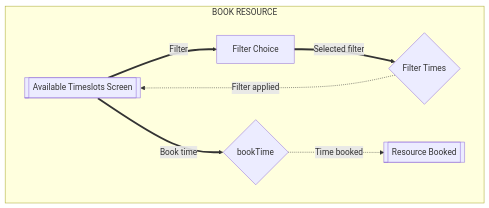
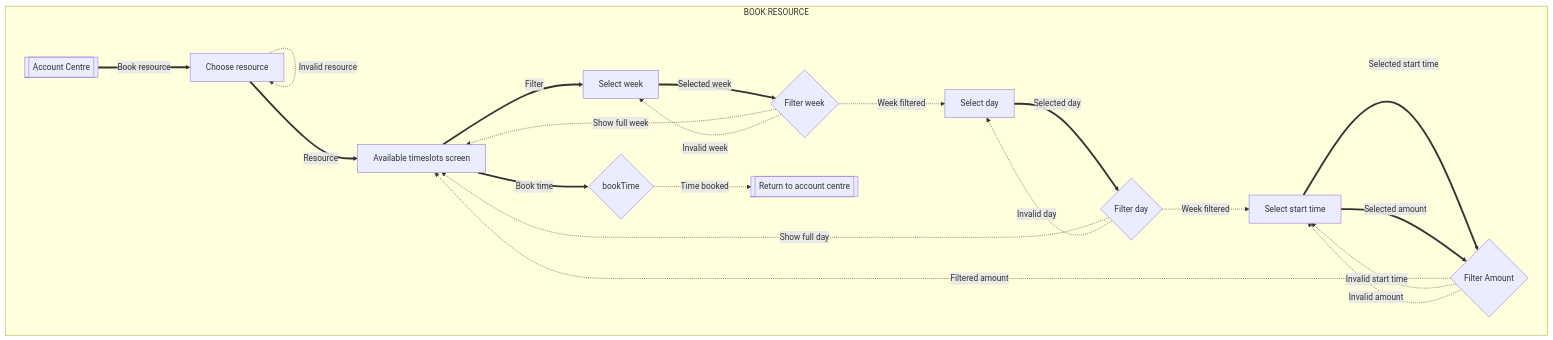
One commit to samanthaegilson/LibrarySystem changed the third of 6 diagrams in README.md. Above: the diagram before and after it, drawn with Mermaid. The commit also changed other lines of this file and 31 other files, not shown here.

````diff
--- a/README.md
+++ b/README.md
@@ -101,21 +109,46 @@
 ```mermaid
 flowchart
     subgraph BOOK RESOURCE
-        %% Divide by hours
-        availableTimes[[Available Timeslots Screen]]
+        accountCentre[[Account Centre]]
+        chooseResource[Choose resource]
         
-        filterChoice[Filter Choice]
-        filterTimes{Filter Times}
+        availableTimes[Available timeslots screen]
         
-        availableTimes==Filter==>filterChoice
-        filterChoice==Selected filter==>filterTimes
-        filterTimes-.Filter applied.->availableTimes
+        accountCentre ==Book resource==> chooseResource
+        chooseResource ==Resource==> availableTimes
+        chooseResource -.Invalid resource.-> chooseResource
+
+        selectWeek[Select week]
+        filterWeek{Filter week}
+        
+        availableTimes ==Filter==> selectWeek
+        selectWeek ==Selected week==> filterWeek
+        filterWeek -.Week filtered.-> selectDay
+        filterWeek -.Show full week.-> availableTimes
+        filterWeek -.Invalid week.-> selectWeek
+
+        selectDay[Select day]
+        filterDay{Filter day}
+        
+        selectDay ==Selected day==> filterDay
+        filterDay -.Week filtered.-> selectStartTime
+        filterDay -.Show full day.-> availableTimes
+        filterDay -.Invalid day.-> selectDay
+
+        selectStartTime[Select start time]
+        filterAmount{Filter Amount}
+        
+        selectStartTime ==Selected start time==> filterAmount
+        selectStartTime ==Selected amount==> filterAmount
+        filterAmount -.Filtered amount.-> availableTimes
+        filterAmount -.Invalid start time.-> selectStartTime
+        filterAmount -.Invalid amount.-> selectStartTime
         
         bookTime{bookTime}
-        resourceBooked[[Resource Booked]]
+        returnAccountCentre[[Return to account centre]]
         
-        availableTimes==Book time==>bookTime
-        bookTime-.Time booked.->resourceBooked
+        availableTimes ==Book time==> bookTime
+        bookTime -.Time booked.-> returnAccountCentre
         
     end
 ```
````
